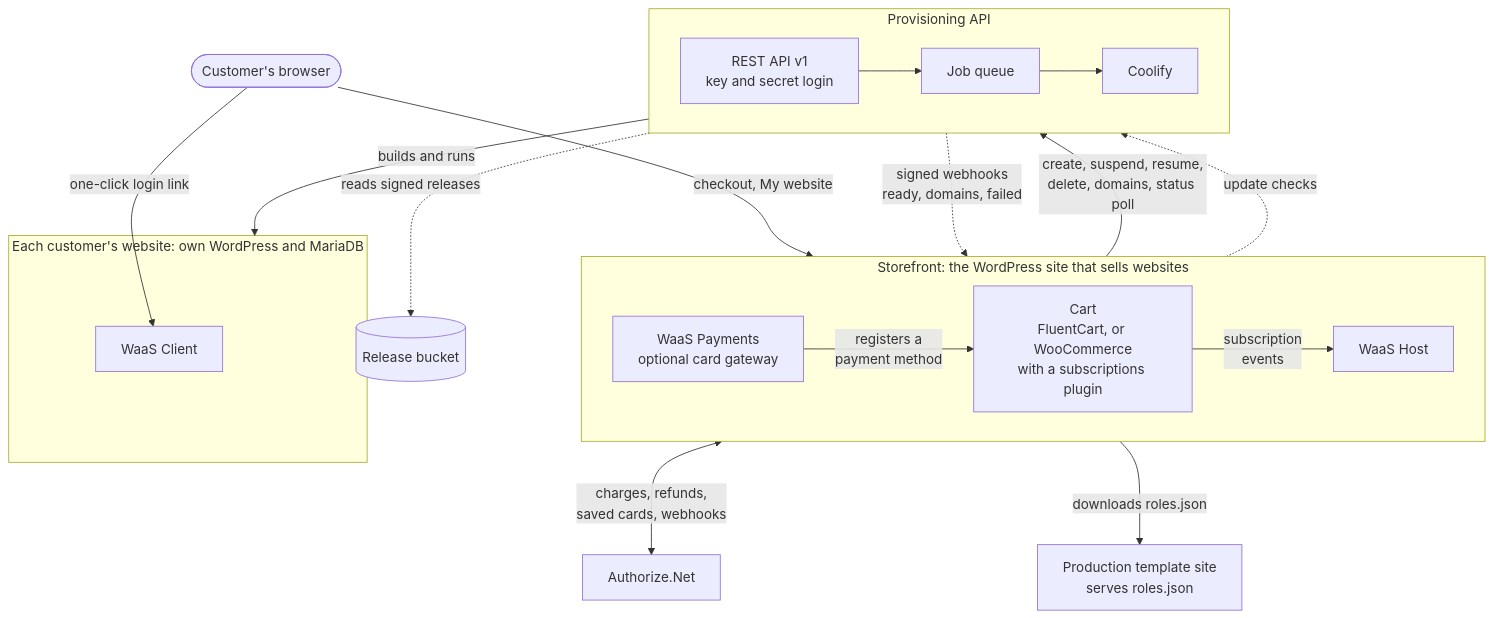
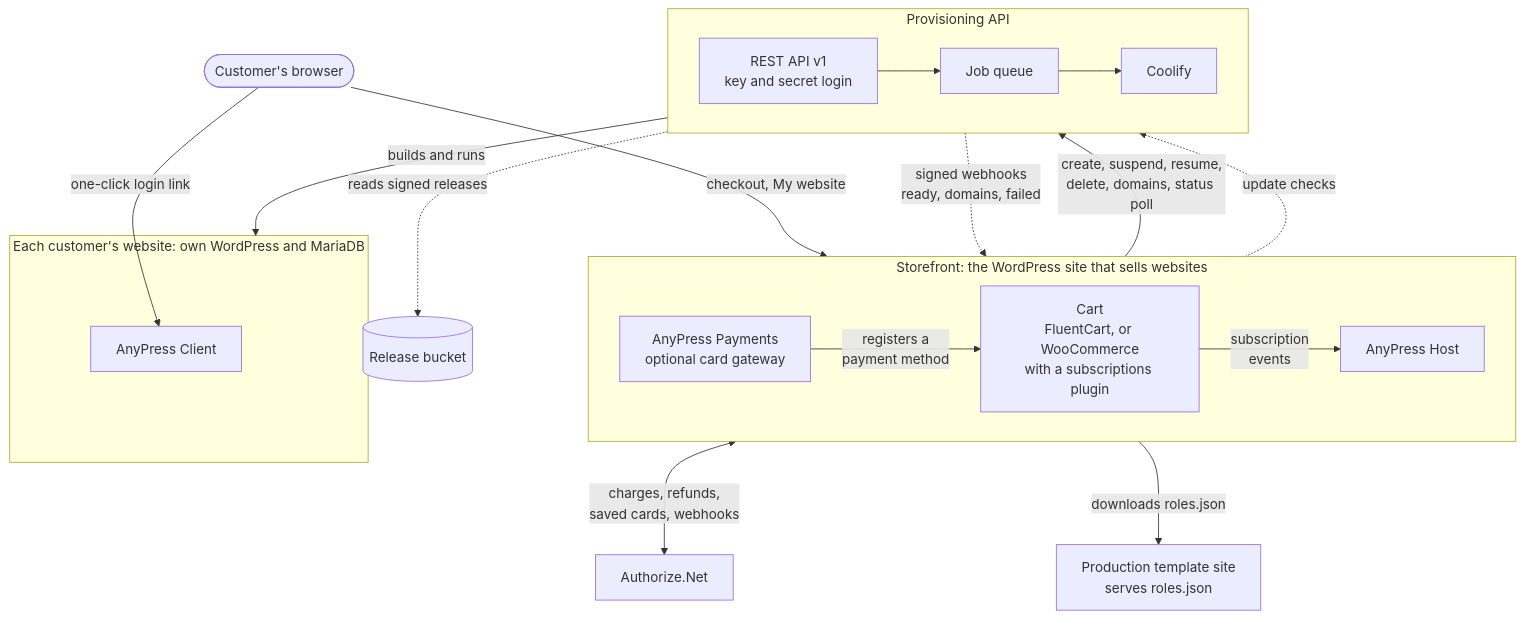
The first of 5 diagrams in docs/architecture/README.md (hamchowderr/waas-plugins), drawn with Mermaid before and after one commit. The commit also changed other lines of this file and 74 other files, not shown here.

First line of the commit message:
AnyPress Host 2.11.0, AnyPress Client 2.13.0, AnyPress Payments 0.2.0-beta.3: AnyPress names (waas-api-x4a)

````diff
--- a/docs/architecture/README.md
+++ b/docs/architecture/README.md
@@ -16,37 +16,37 @@
 ```mermaid
 flowchart TB
   BUY(["Customer's browser"])
 
   subgraph SF["Storefront: the WordPress site that sells websites"]
     direction LR
-    PAY["WaaS Payments<br/>optional card gateway"]
+    PAY["AnyPress Payments<br/>optional card gateway"]
     CART["Cart<br/>FluentCart, or WooCommerce<br/>with a subscriptions plugin"]
-    HOST["WaaS Host"]
+    HOST["AnyPress Host"]
     PAY -->|"registers a<br/>payment method"| CART
     CART -->|"subscription<br/>events"| HOST
   end
 
   ANET["Authorize.Net"]
   TPL["Production template site<br/>serves roles.json"]
 
   subgraph API["Provisioning API"]
     direction LR
     REST["REST API v1<br/>key and secret login"] --> QUEUE["Job queue"] --> COOL["Coolify"]
   end
 
   R2[("Release bucket")]
 
   subgraph STORE["Each customer's website: own WordPress and MariaDB"]
-    CLIENT["WaaS Client"]
+    CLIENT["AnyPress Client"]
   end
 
   BUY -->|"checkout, My website"| CART
   BUY -->|"one-click login link"| CLIENT
   PAY <-->|"charges, refunds,<br/>saved cards, webhooks"| ANET
   HOST -->|"create, suspend, resume,<br/>delete, domains, status poll"| REST
   REST -.->|"signed webhooks<br/>ready, domains, failed"| HOST
   HOST -->|"downloads roles.json"| TPL
   COOL -->|"builds and runs"| STORE
   HOST -.->|"update checks"| REST
   REST -.->|"reads signed releases"| R2
 ```
````
